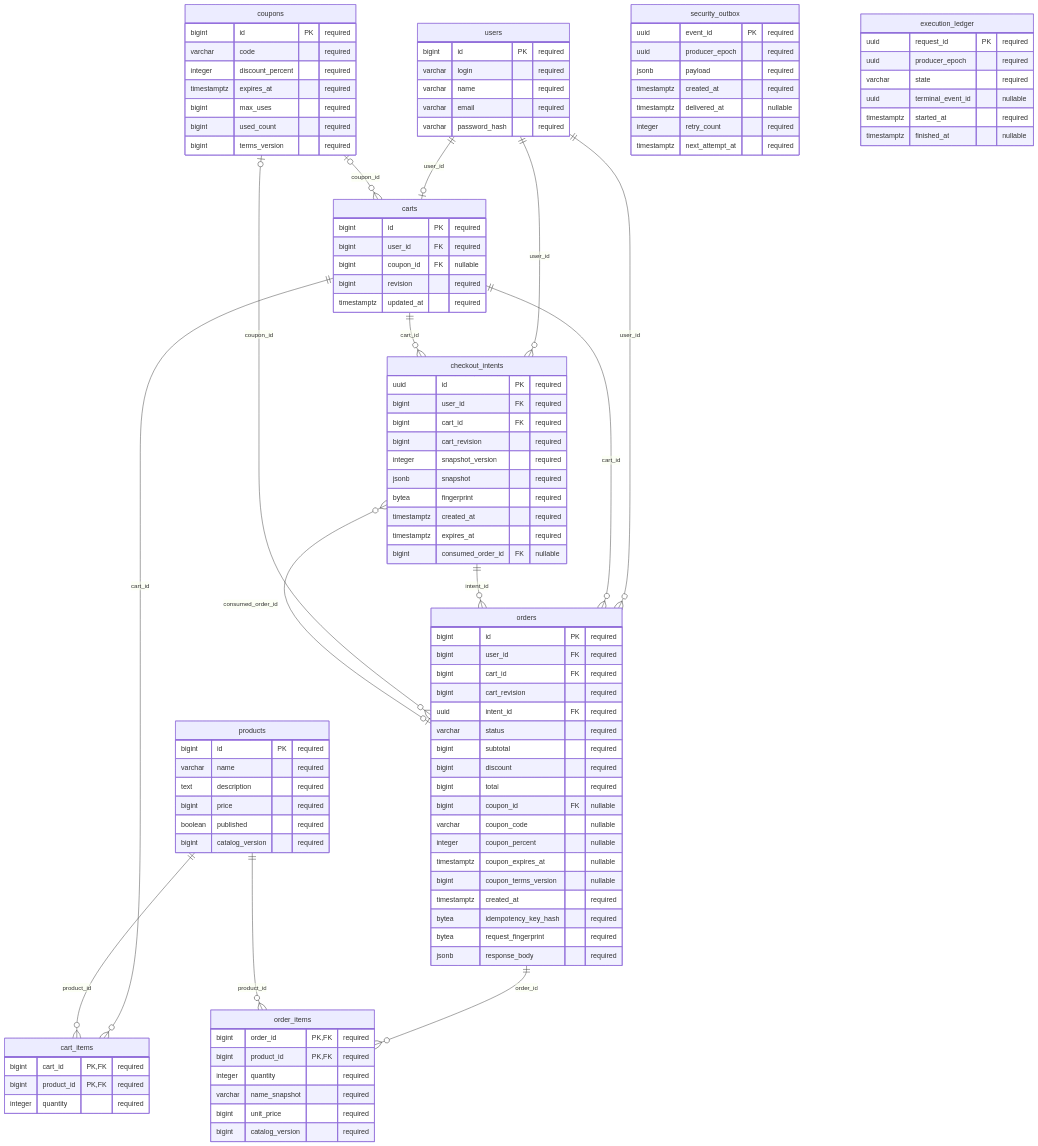
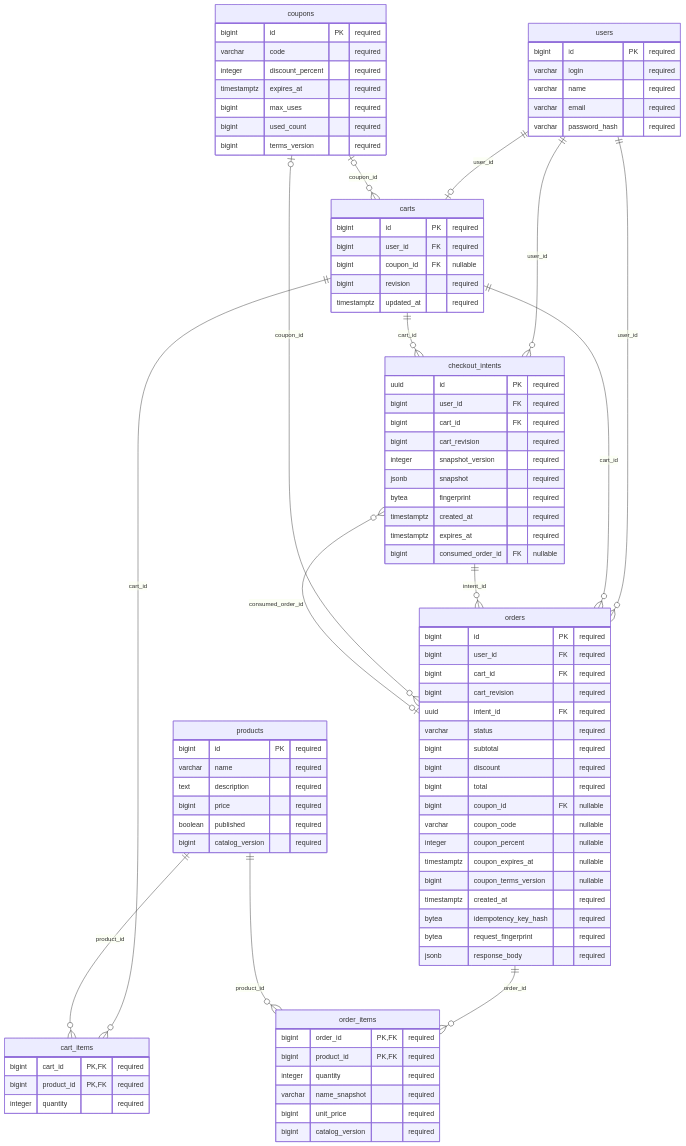
Before and after one commit to Valentin92257/api-security-lab: the diagram in docs/data/shop.mmd, drawn with Mermaid. The commit also changed 19 other files, not shown here.

```diff
--- a/docs/data/shop.mmd
+++ b/docs/data/shop.mmd
@@ -1,108 +1,91 @@
 erDiagram
-    %% Logical event references are documented separately.
+    %% Generated. Logical event references are documented separately.
     users {
         bigint id PK "required"
         varchar login "required"
         varchar name "required"
         varchar email "required"
         varchar password_hash "required"
     }
     products {
         bigint id PK "required"
         varchar name "required"
         text description "required"
         bigint price "required"
         boolean published "required"
         bigint catalog_version "required"
     }
     coupons {
         bigint id PK "required"
         varchar code "required"
         integer discount_percent "required"
         timestamptz expires_at "required"
         bigint max_uses "required"
         bigint used_count "required"
         bigint terms_version "required"
     }
     carts {
         bigint id PK "required"
         bigint user_id FK "required"
         bigint coupon_id FK "nullable"
         bigint revision "required"
         timestamptz updated_at "required"
     }
     cart_items {
         bigint cart_id PK,FK "required"
         bigint product_id PK,FK "required"
         integer quantity "required"
     }
     checkout_intents {
         uuid id PK "required"
         bigint user_id FK "required"
         bigint cart_id FK "required"
         bigint cart_revision "required"
         integer snapshot_version "required"
         jsonb snapshot "required"
         bytea fingerprint "required"
         timestamptz created_at "required"
         timestamptz expires_at "required"
         bigint consumed_order_id FK "nullable"
     }
     orders {
         bigint id PK "required"
         bigint user_id FK "required"
         bigint cart_id FK "required"
         bigint cart_revision "required"
         uuid intent_id FK "required"
         varchar status "required"
         bigint subtotal "required"
         bigint discount "required"
         bigint total "required"
         bigint coupon_id FK "nullable"
         varchar coupon_code "nullable"
         integer coupon_percent "nullable"
         timestamptz coupon_expires_at "nullable"
         bigint coupon_terms_version "nullable"
         timestamptz created_at "required"
         bytea idempotency_key_hash "required"
         bytea request_fingerprint "required"
         jsonb response_body "required"
     }
     order_items {
         bigint order_id PK,FK "required"
         bigint product_id PK,FK "required"
         integer quantity "required"
         varchar name_snapshot "required"
         bigint unit_price "required"
         bigint catalog_version "required"
     }
-    security_outbox {
-        uuid event_id PK "required"
-        uuid producer_epoch "required"
-        jsonb payload "required"
-        timestamptz created_at "required"
-        timestamptz delivered_at "nullable"
-        integer retry_count "required"
-        timestamptz next_attempt_at "required"
-    }
-    execution_ledger {
-        uuid request_id PK "required"
-        uuid producer_epoch "required"
-        varchar state "required"
-        uuid terminal_event_id "nullable"
-        timestamptz started_at "required"
-        timestamptz finished_at "nullable"
-    }
     users ||--o| carts : "user_id"
     coupons |o--o{ carts : "coupon_id"
     carts ||--o{ cart_items : "cart_id"
     products ||--o{ cart_items : "product_id"
     users ||--o{ checkout_intents : "user_id"
     carts ||--o{ checkout_intents : "cart_id"
     orders |o--o{ checkout_intents : "consumed_order_id"
     users ||--o{ orders : "user_id"
     carts ||--o{ orders : "cart_id"
     checkout_intents ||--o{ orders : "intent_id"
     coupons |o--o{ orders : "coupon_id"
     orders ||--o{ order_items : "order_id"
     products ||--o{ order_items : "product_id"
```
